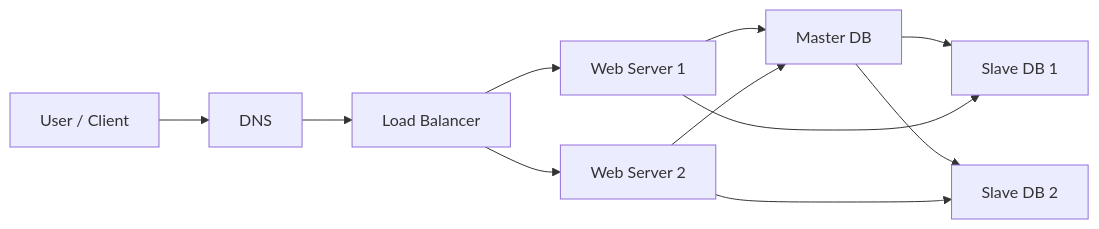
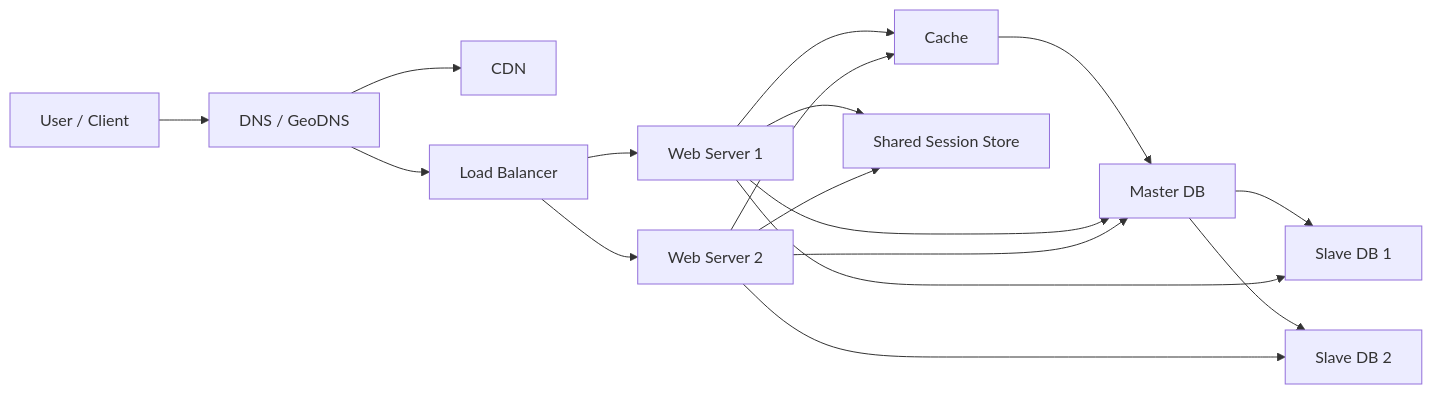
The diagram in Scale-from-zero-to-millions-notes.md (yzyolala/System-Design), drawn with Mermaid before and after one commit. The commit also changed other lines of this file, not shown here.

Commit message:
Expand scaling notes with cache CDN and data centers

````diff
--- a/Scale-from-zero-to-millions-notes.md
+++ b/Scale-from-zero-to-millions-notes.md
@@ -363,22 +584,31 @@
 ```mermaid
 flowchart LR
     User["User / Client"]
-    DNS["DNS"]
+    DNS["DNS / GeoDNS"]
+    CDN["CDN"]
     LB["Load Balancer"]
     Web1["Web Server 1"]
     Web2["Web Server 2"]
+    Cache["Cache"]
+    Session["Shared Session Store"]
     Master["Master DB"]
     Slave1["Slave DB 1"]
     Slave2["Slave DB 2"]
 
     User --> DNS
+    DNS --> CDN
     DNS --> LB
     LB --> Web1
     LB --> Web2
+    Web1 --> Cache
+    Web2 --> Cache
+    Web1 --> Session
+    Web2 --> Session
+    Cache --> Master
     Web1 --> Master
     Web2 --> Master
     Master --> Slave1
     Master --> Slave2
     Web1 --> Slave1
     Web2 --> Slave2
 ```
````
